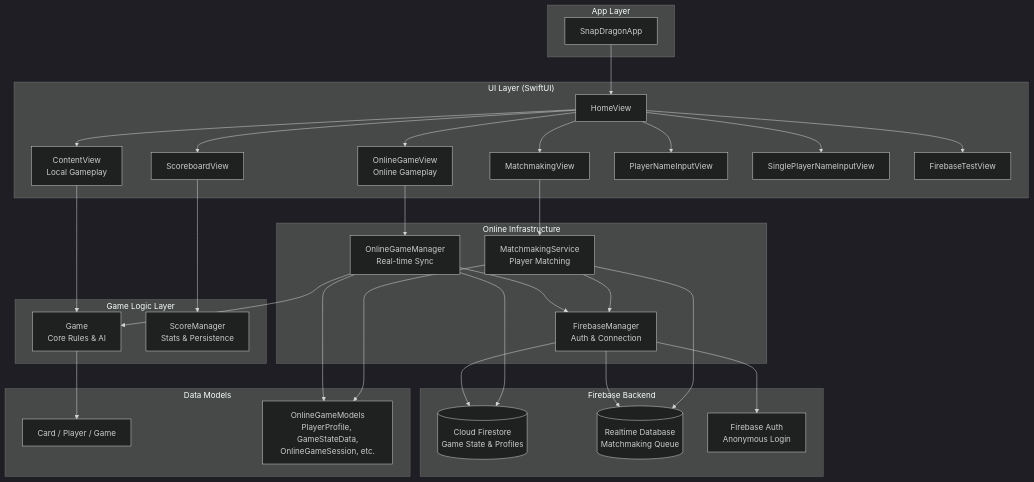
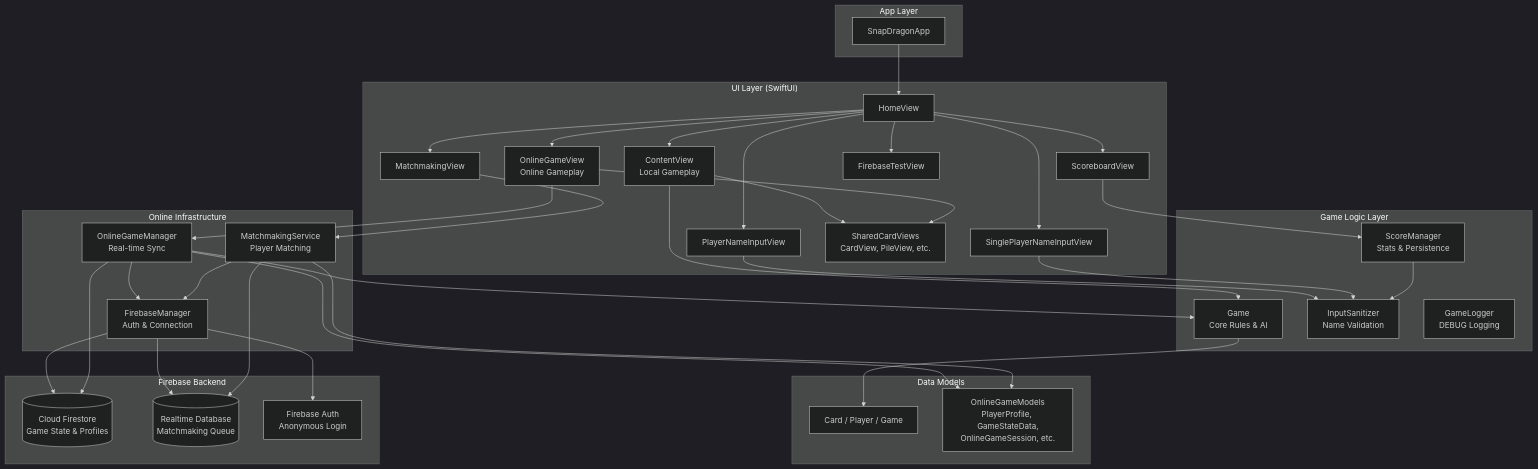
Before and after one commit to Technical-1/All-About-Me: the diagram in public/data/portfolio/SnapDragon/architecture.md, drawn with Mermaid (dark theme). The commit also changed other lines of this file and 17 other files, not shown here.

````diff
--- a/public/data/portfolio/SnapDragon/architecture.md
+++ b/public/data/portfolio/SnapDragon/architecture.md
@@ -5,67 +5,75 @@
 ```mermaid
 flowchart TD
     subgraph App["App Layer"]
         A[SnapDragonApp]
     end
 
     subgraph Views["UI Layer (SwiftUI)"]
         B[HomeView]
         C[ContentView<br/>Local Gameplay]
         D[OnlineGameView<br/>Online Gameplay]
         E[MatchmakingView]
         F[ScoreboardView]
         G[PlayerNameInputView]
         H[SinglePlayerNameInputView]
         I[FirebaseTestView]
+        U[SharedCardViews<br/>CardView, PileView, etc.]
     end
 
     subgraph Logic["Game Logic Layer"]
         J[Game<br/>Core Rules & AI]
         K[ScoreManager<br/>Stats & Persistence]
+        V[InputSanitizer<br/>Name Validation]
+        W[GameLogger<br/>DEBUG Logging]
     end
 
     subgraph Online["Online Infrastructure"]
         L[OnlineGameManager<br/>Real-time Sync]
         M[MatchmakingService<br/>Player Matching]
         N[FirebaseManager<br/>Auth & Connection]
     end
 
     subgraph Models["Data Models"]
         O[Card / Player / Game]
         P[OnlineGameModels<br/>PlayerProfile, GameStateData,<br/>OnlineGameSession, etc.]
     end
 
     subgraph Firebase["Firebase Backend"]
         Q[(Cloud Firestore<br/>Game State & Profiles)]
         R[(Realtime Database<br/>Matchmaking Queue)]
         S[Firebase Auth<br/>Anonymous Login]
     end
 
     A --> B
     B --> C
     B --> D
     B --> E
     B --> F
     B --> G
     B --> H
     B --> I
 
     C --> J
+    C --> U
     D --> L
+    D --> U
     E --> M
     F --> K
+    G --> V
+    H --> V
+    K --> V
 
     L --> J
     L --> N
     M --> N
 
     J --> O
     L --> P
     M --> P
 
     N --> Q
     N --> R
     N --> S
     L --> Q
     M --> R
 ```
````
